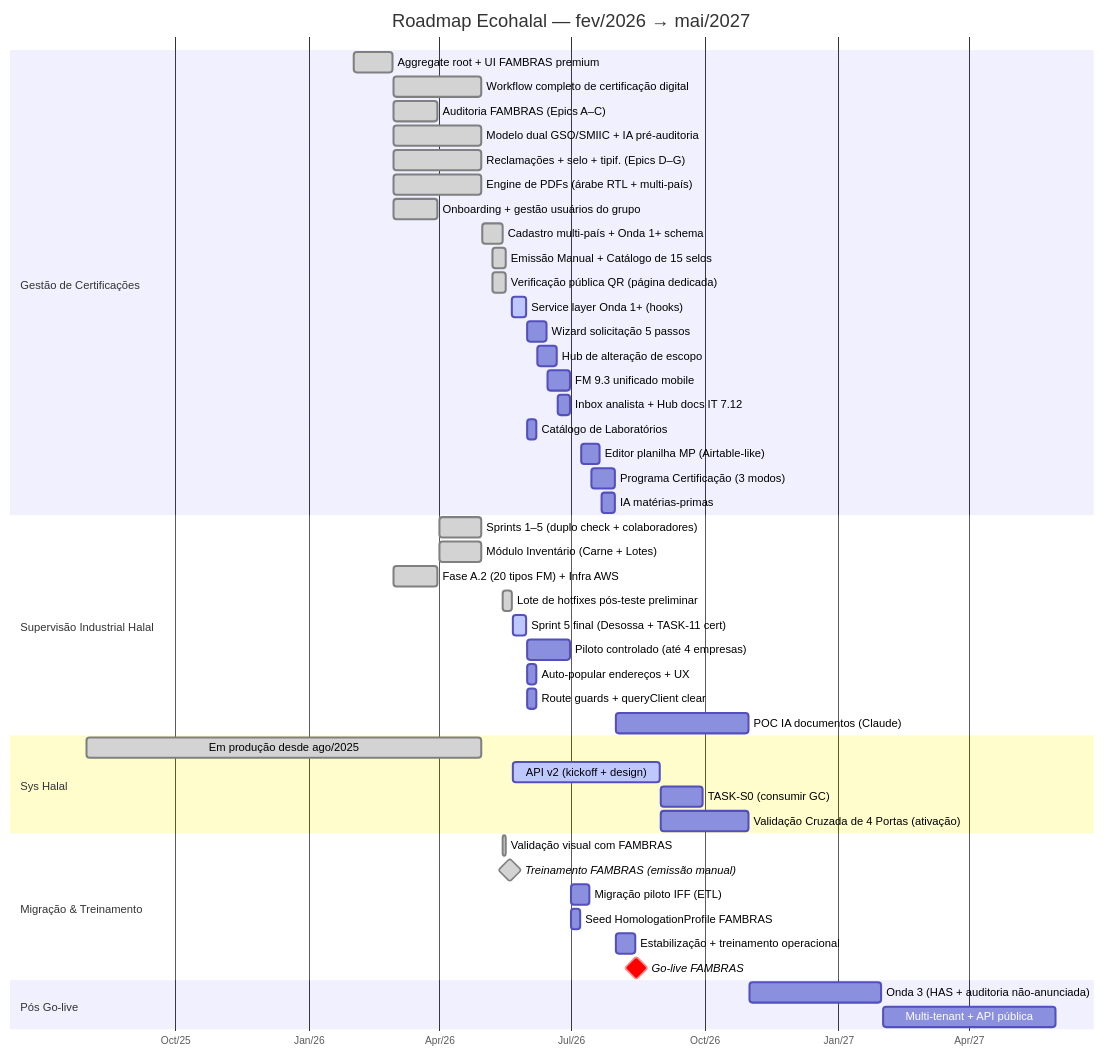
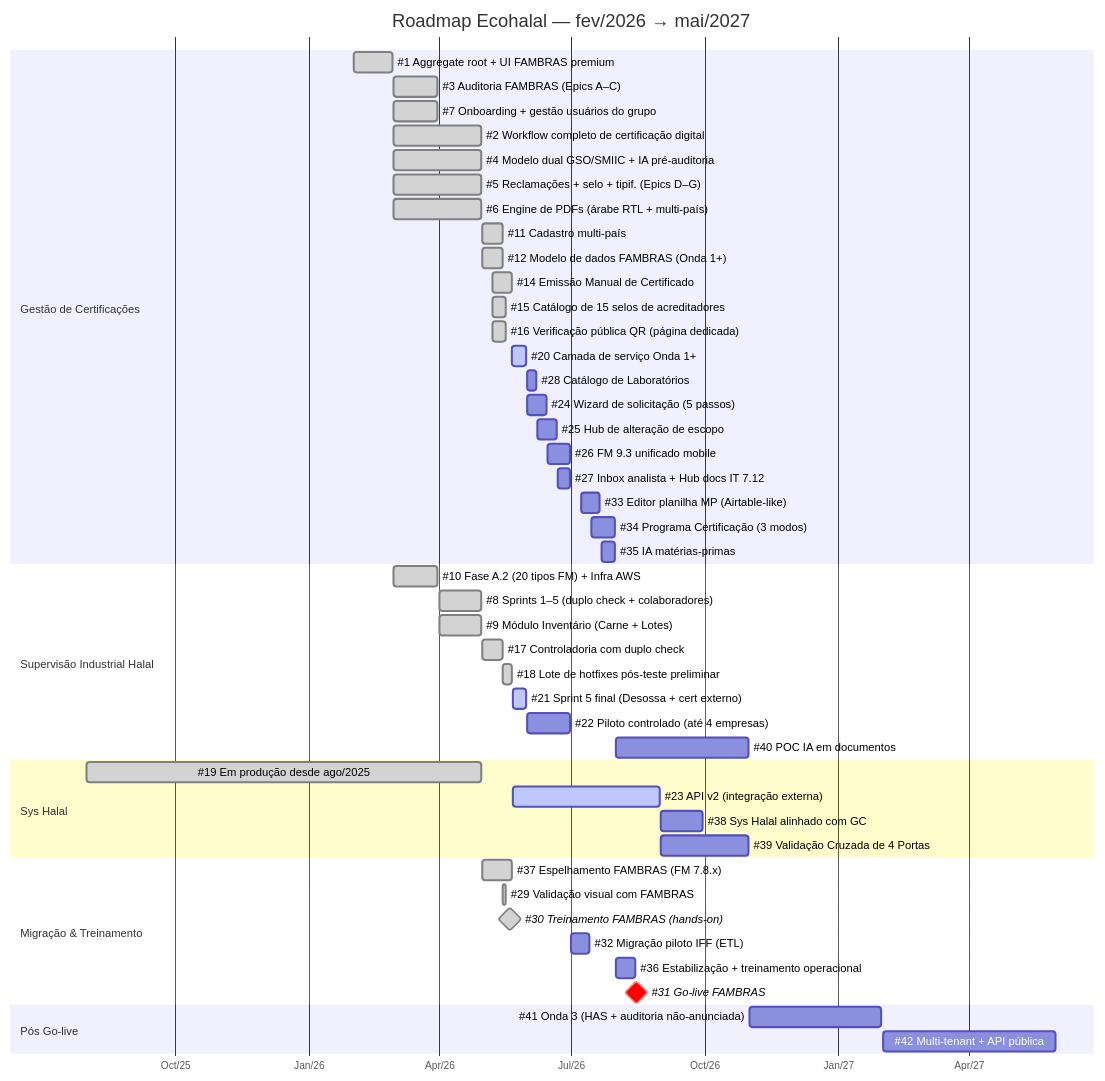
Before and after one commit to Ecohalal/sih-docs: the diagram in PLANNING/ROADMAP-GANTT-2026.md, drawn with Mermaid. The commit also changed other lines of this file and 1 other file, not shown here.

First line of the commit message:
docs(roadmap): Gantt com numeracao #N + HTML print-friendly A4

````diff
--- a/PLANNING/ROADMAP-GANTT-2026.md
+++ b/PLANNING/ROADMAP-GANTT-2026.md
@@ -15,56 +19,57 @@
 ```mermaid
 gantt
     title Roadmap Ecohalal — fev/2026 → mai/2027
     dateFormat YYYY-MM-DD
     axisFormat %b/%y
 
     section Gestão de Certificações
-    Aggregate root + UI FAMBRAS premium       :done,  gc01,  2026-02-01, 2026-02-28
-    Workflow completo de certificação digital :done,  gc02,  2026-03-01, 2026-04-30
-    Auditoria FAMBRAS (Epics A–C)             :done,  gc03,  2026-03-01, 2026-03-31
-    Modelo dual GSO/SMIIC + IA pré-auditoria  :done,  gc04,  2026-03-01, 2026-04-30
-    Reclamações + selo + tipif. (Epics D–G)   :done,  gc05,  2026-03-01, 2026-04-30
-    Engine de PDFs (árabe RTL + multi-país)   :done,  gc06,  2026-03-01, 2026-04-30
-    Onboarding + gestão usuários do grupo     :done,  gc07,  2026-03-01, 2026-03-31
-    Cadastro multi-país + Onda 1+ schema      :done,  gc08,  2026-05-01, 2026-05-15
-    Emissão Manual + Catálogo de 15 selos     :done,  gc09,  2026-05-08, 2026-05-17
-    Verificação pública QR (página dedicada)  :done,  gc10,  2026-05-08, 2026-05-17
-    Service layer Onda 1+ (hooks)             :active, gc11, 2026-05-21, 2026-05-31
-    Wizard solicitação 5 passos               :       gc12,  2026-06-01, 2026-06-14
-    Hub de alteração de escopo                :       gc13,  2026-06-08, 2026-06-21
-    FM 9.3 unificado mobile                   :       gc14,  2026-06-15, 2026-06-30
-    Inbox analista + Hub docs IT 7.12         :       gc15,  2026-06-22, 2026-06-30
-    Catálogo de Laboratórios                  :       gc16,  2026-06-01, 2026-06-07
-    Editor planilha MP (Airtable-like)        :       gc17,  2026-07-08, 2026-07-21
-    Programa Certificação (3 modos)           :       gc18,  2026-07-15, 2026-07-31
-    IA matérias-primas                        :       gc19,  2026-07-22, 2026-07-31
+    #1 Aggregate root + UI FAMBRAS premium       :done,  g01,  2026-02-01, 2026-02-28
+    #3 Auditoria FAMBRAS (Epics A–C)             :done,  g03,  2026-03-01, 2026-03-31
+    #7 Onboarding + gestão usuários do grupo     :done,  g07,  2026-03-01, 2026-03-31
+    #2 Workflow completo de certificação digital :done,  g02,  2026-03-01, 2026-04-30
+    #4 Modelo dual GSO/SMIIC + IA pré-auditoria  :done,  g04,  2026-03-01, 2026-04-30
+    #5 Reclamações + selo + tipif. (Epics D–G)   :done,  g05,  2026-03-01, 2026-04-30
+    #6 Engine de PDFs (árabe RTL + multi-país)   :done,  g06,  2026-03-01, 2026-04-30
+    #11 Cadastro multi-país                      :done,  g11,  2026-05-01, 2026-05-15
+    #12 Modelo de dados FAMBRAS (Onda 1+)        :done,  g12,  2026-05-01, 2026-05-15
+    #14 Emissão Manual de Certificado            :done,  g14,  2026-05-08, 2026-05-21
+    #15 Catálogo de 15 selos de acreditadores    :done,  g15,  2026-05-08, 2026-05-17
+    #16 Verificação pública QR (página dedicada) :done,  g16,  2026-05-08, 2026-05-17
+    #20 Camada de serviço Onda 1+                :active, g20, 2026-05-21, 2026-05-31
+    #28 Catálogo de Laboratórios                 :       g28,  2026-06-01, 2026-06-07
+    #24 Wizard de solicitação (5 passos)         :       g24,  2026-06-01, 2026-06-14
+    #25 Hub de alteração de escopo               :       g25,  2026-06-08, 2026-06-21
+    #26 FM 9.3 unificado mobile                  :       g26,  2026-06-15, 2026-06-30
+    #27 Inbox analista + Hub docs IT 7.12        :       g27,  2026-06-22, 2026-06-30
+    #33 Editor planilha MP (Airtable-like)       :       g33,  2026-07-08, 2026-07-21
+    #34 Programa Certificação (3 modos)          :       g34,  2026-07-15, 2026-07-31
+    #35 IA matérias-primas                       :       g35,  2026-07-22, 2026-07-31
 
     section Supervisão Industrial Halal
-    Sprints 1–5 (duplo check + colaboradores) :done,  sih01, 2026-04-01, 2026-04-30
-    Módulo Inventário (Carne + Lotes)         :done,  sih02, 2026-04-01, 2026-04-30
-    Fase A.2 (20 tipos FM) + Infra AWS        :done,  sih03, 2026-03-01, 2026-03-31
-    Lote de hotfixes pós-teste preliminar     :done,  sih04, 2026-05-15, 2026-05-21
-    Sprint 5 final (Desossa + TASK-11 cert)   :active, sih05, 2026-05-22, 2026-05-31
-    Piloto controlado (até 4 empresas)        :       sih_p, 2026-06-01, 2026-06-30
-    Auto-popular endereços + UX               :       sih06, 2026-06-01, 2026-06-07
-    Route guards + queryClient clear          :       sih07, 2026-06-01, 2026-06-07
-    POC IA documentos (Claude)                :       sih08, 2026-08-01, 2026-10-31
+    #10 Fase A.2 (20 tipos FM) + Infra AWS       :done,  s10,  2026-03-01, 2026-03-31
+    #8 Sprints 1–5 (duplo check + colaboradores) :done,  s08,  2026-04-01, 2026-04-30
+    #9 Módulo Inventário (Carne + Lotes)         :done,  s09,  2026-04-01, 2026-04-30
+    #17 Controladoria com duplo check            :done,  s17,  2026-05-01, 2026-05-15
+    #18 Lote de hotfixes pós-teste preliminar    :done,  s18,  2026-05-15, 2026-05-21
+    #21 Sprint 5 final (Desossa + cert externo)  :active, s21, 2026-05-22, 2026-05-31
+    #22 Piloto controlado (até 4 empresas)       :       s22,  2026-06-01, 2026-06-30
+    #40 POC IA em documentos                     :       s40,  2026-08-01, 2026-10-31
 
     section Sys Halal
-    Em produção desde ago/2025                :done,  sh01,  2025-08-01, 2026-04-30
-    API v2 (kickoff + design)                 :active, sh02, 2026-05-22, 2026-08-31
-    TASK-S0 (consumir GC)                     :       sh03,  2026-09-01, 2026-09-30
-    Validação Cruzada de 4 Portas (ativação)  :       sh04,  2026-09-01, 2026-10-31
+    #19 Em produção desde ago/2025               :done,  y19,  2025-08-01, 2026-04-30
+    #23 API v2 (integração externa)              :active, y23, 2026-05-22, 2026-08-31
+    #38 Sys Halal alinhado com GC                :       y38,  2026-09-01, 2026-09-30
+    #39 Validação Cruzada de 4 Portas            :       y39,  2026-09-01, 2026-10-31
 
     section Migração & Treinamento
-    Validação visual com FAMBRAS              :done,  m01,   2026-05-15, 2026-05-17
-    Treinamento FAMBRAS (emissão manual)      :done, milestone, m02, 2026-05-20, 0d
-    Migração piloto IFF (ETL)                 :       m03,   2026-07-01, 2026-07-14
-    Seed HomologationProfile FAMBRAS          :       m04,   2026-07-01, 2026-07-07
-    Estabilização + treinamento operacional   :       m05,   2026-08-01, 2026-08-14
-    Go-live FAMBRAS                           :crit, milestone, m06, 2026-08-15, 0d
+    #37 Espelhamento FAMBRAS (FM 7.8.x)          :done,  m37,  2026-05-01, 2026-05-21
+    #29 Validação visual com FAMBRAS             :done,  m29,  2026-05-15, 2026-05-17
+    #30 Treinamento FAMBRAS (hands-on)           :done, milestone, m30, 2026-05-20, 0d
+    #32 Migração piloto IFF (ETL)                :       m32,  2026-07-01, 2026-07-14
+    #36 Estabilização + treinamento operacional  :       m36,  2026-08-01, 2026-08-14
+    #31 Go-live FAMBRAS                          :crit, milestone, m31, 2026-08-15, 0d
 
     section Pós Go-live
-    Onda 3 (HAS + auditoria não-anunciada)    :       pg01,  2026-11-01, 2027-01-31
-    Multi-tenant + API pública                :       pg02,  2027-02-01, 2027-05-31
+    #41 Onda 3 (HAS + auditoria não-anunciada)   :       p41,  2026-11-01, 2027-01-31
+    #42 Multi-tenant + API pública               :       p42,  2027-02-01, 2027-05-31
 ```
````
